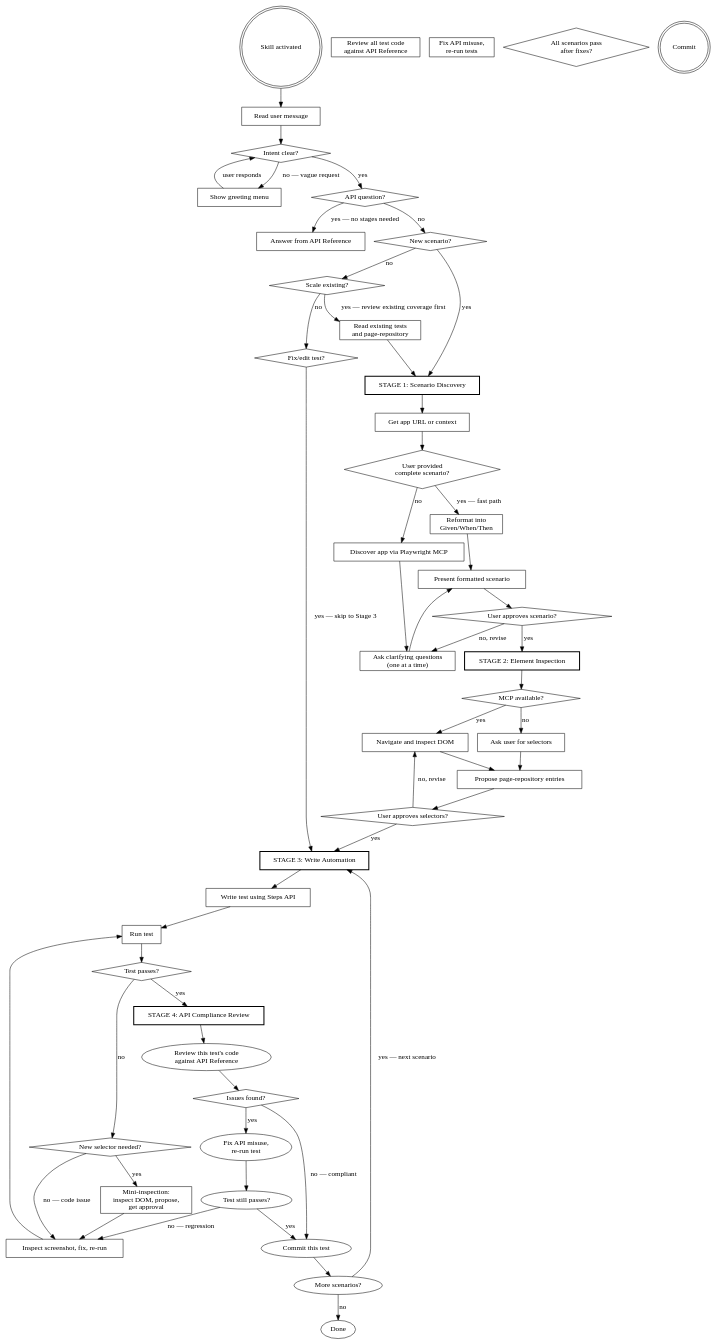
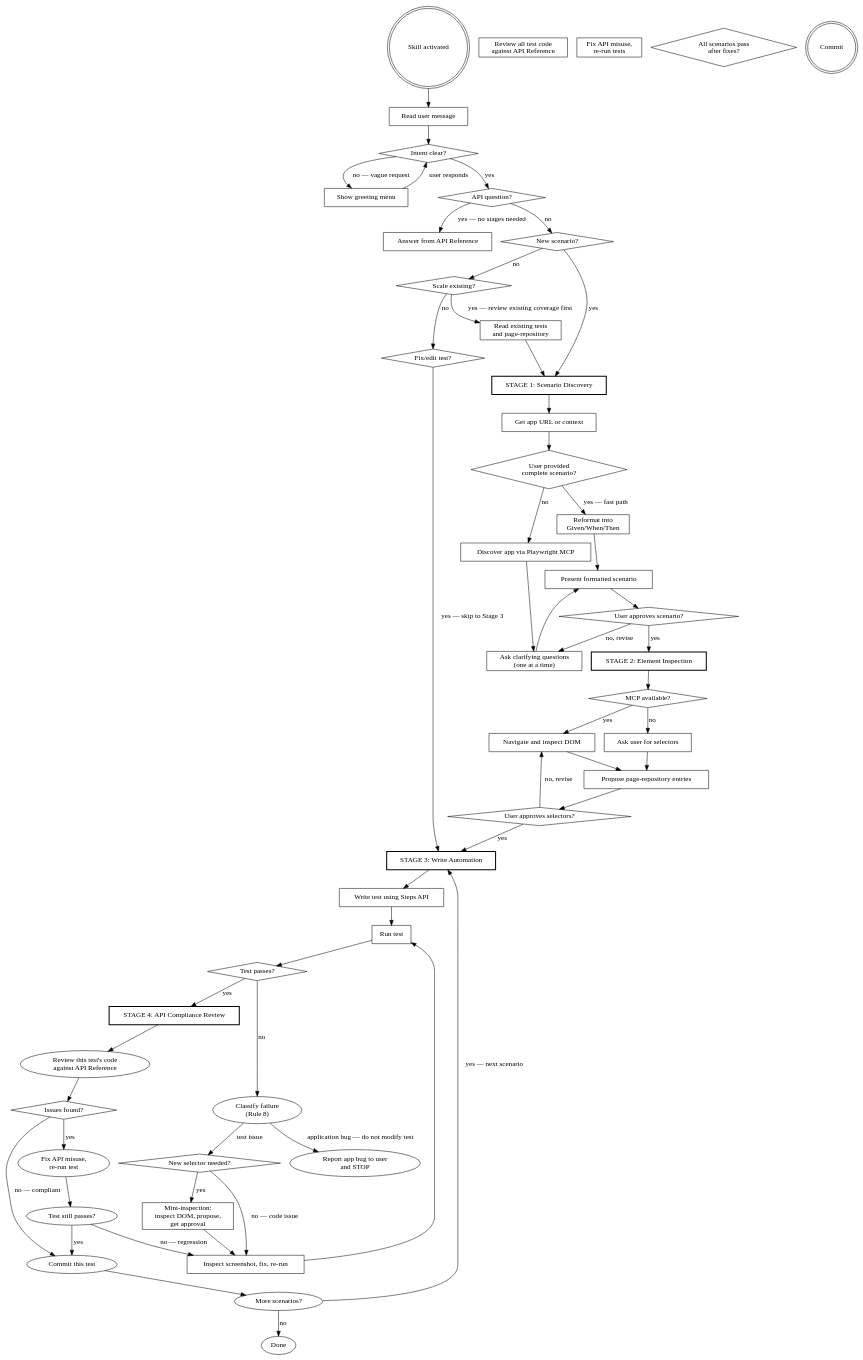
Before and after one commit to civitas-cerebrum/element-interactions: the diagram in skills/element-interactions/SKILL.md, drawn with Graphviz. The commit also changed other lines of this file, not shown here.

First line of the commit message:
feat(skill): add Rule 8 — report application bugs instead of working around them

```diff
--- a/skills/element-interactions/SKILL.md
+++ b/skills/element-interactions/SKILL.md
@@ -215,7 +236,9 @@
     "Write test using Steps API" -> "Run test";
     "Run test" -> "Test passes?";
     "Test passes?" -> "STAGE 4: API Compliance Review" [label="yes"];
-    "Test passes?" -> "New selector needed?" [label="no"];
+    "Test passes?" -> "Classify failure\n(Rule 8)" [label="no"];
+    "Classify failure\n(Rule 8)" -> "Report app bug to user\nand STOP" [label="application bug — do not modify test"];
+    "Classify failure\n(Rule 8)" -> "New selector needed?" [label="test issue"];
     "New selector needed?" -> "Mini-inspection:\ninspect DOM, propose,\nget approval" [label="yes"];
     "New selector needed?" -> "Inspect screenshot, fix, re-run" [label="no — code issue"];
     "Mini-inspection:\ninspect DOM, propose,\nget approval" -> "Inspect screenshot, fix, re-run";
```
